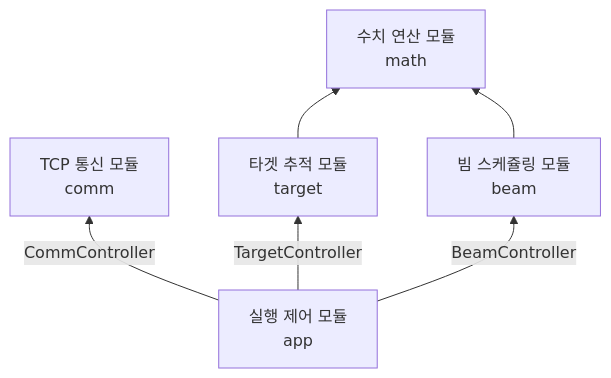
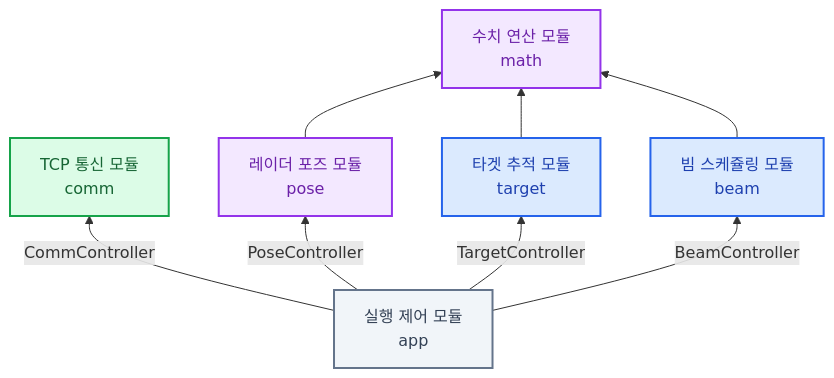
Before and after one commit to AESAlien/aesa-processor: the first of 2 diagrams in README.md, drawn with Mermaid. The commit also changed other lines of this file and 114 other files, not shown here.

````diff
--- a/README.md
+++ b/README.md
@@ -19,14 +19,27 @@
 ```mermaid
 flowchart BT
     app[실행 제어 모듈<br/>app]
     comm[TCP 통신 모듈<br/>comm]
+    pose[레이더 포즈 모듈<br/>pose]
     target[타겟 추적 모듈<br/>target]
     beam[빔 스케쥴링 모듈<br/>beam]
     math[수치 연산 모듈<br/>math]
 
     app-- CommController --> comm
+    app-- PoseController --> pose
     app-- TargetController --> target
     app-- BeamController --> beam
+    pose --> math
     target --> math
     beam --> math
+
+    classDef communication fill:#DCFCE7,stroke:#16A34A,color:#166534,stroke-width:2px
+    classDef processing fill:#DBEAFE,stroke:#2563EB,color:#1E40AF,stroke-width:2px
+    classDef utility fill:#F3E8FF,stroke:#9333EA,color:#6B21A8,stroke-width:2px
+    classDef control fill:#F1F5F9,stroke:#64748B,color:#334155,stroke-width:2px
+
+    class comm communication
+    class target,beam processing
+    class pose,math utility
+    class app control
 ```
````
